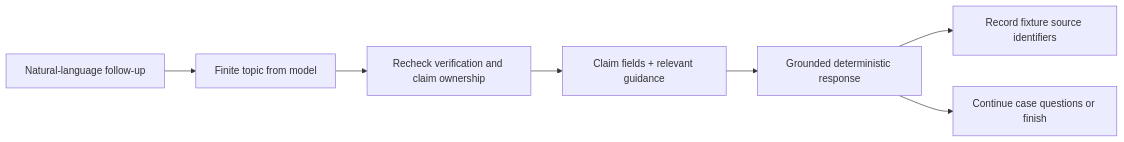
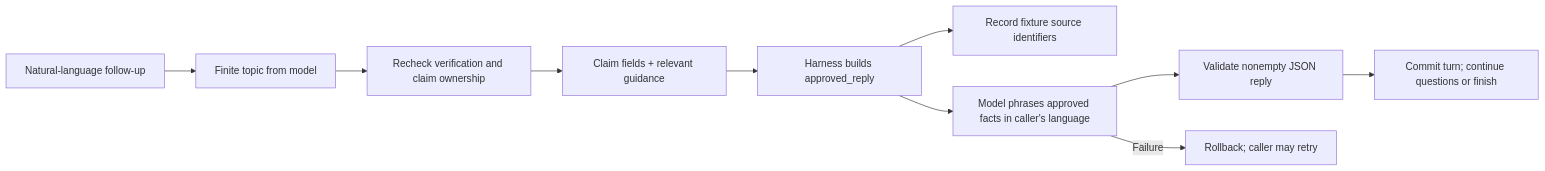
Before and after one commit to XinhaoTheo/insurance-claims-sop-agent: the sixth of 10 diagrams in docs/architecture.md, drawn with Mermaid. The commit also changed other lines of this file and 1 other file, not shown here.

````diff
--- a/docs/architecture.md
+++ b/docs/architecture.md
@@ -83,9 +117,12 @@
 ```mermaid
 flowchart LR
     Question["Natural-language follow-up"] --> Topic["Finite topic from model"]
     Topic --> Guard["Recheck verification and claim ownership"]
     Guard --> Data["Claim fields + relevant guidance"]
-    Data --> Render["Grounded deterministic response"]
-    Render --> Sources["Record fixture source identifiers"]
-    Render --> Follow["Continue case questions or finish"]
+    Data --> Approved["Harness builds approved_reply"]
+    Approved --> Sources["Record fixture source identifiers"]
+    Approved --> Render["Model phrases approved facts in caller's language"]
+    Render --> Validate["Validate nonempty JSON reply"]
+    Validate --> Follow["Commit turn; continue questions or finish"]
+    Render -->|Failure| Retry["Rollback; caller may retry"]
 ```
````
